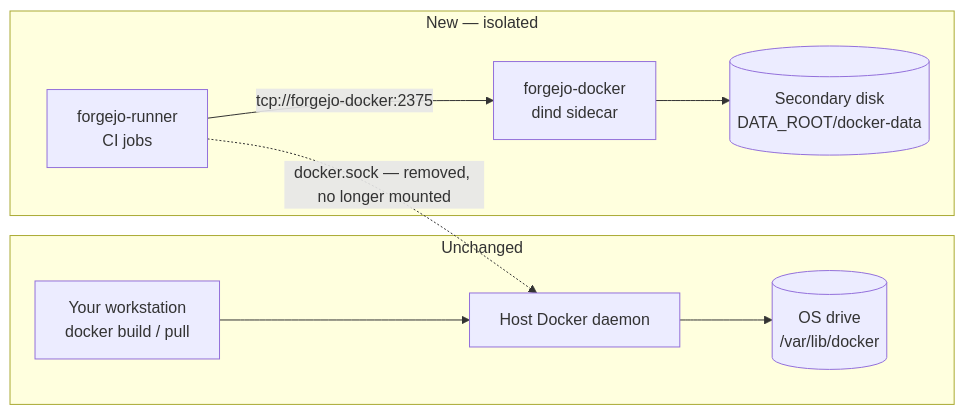
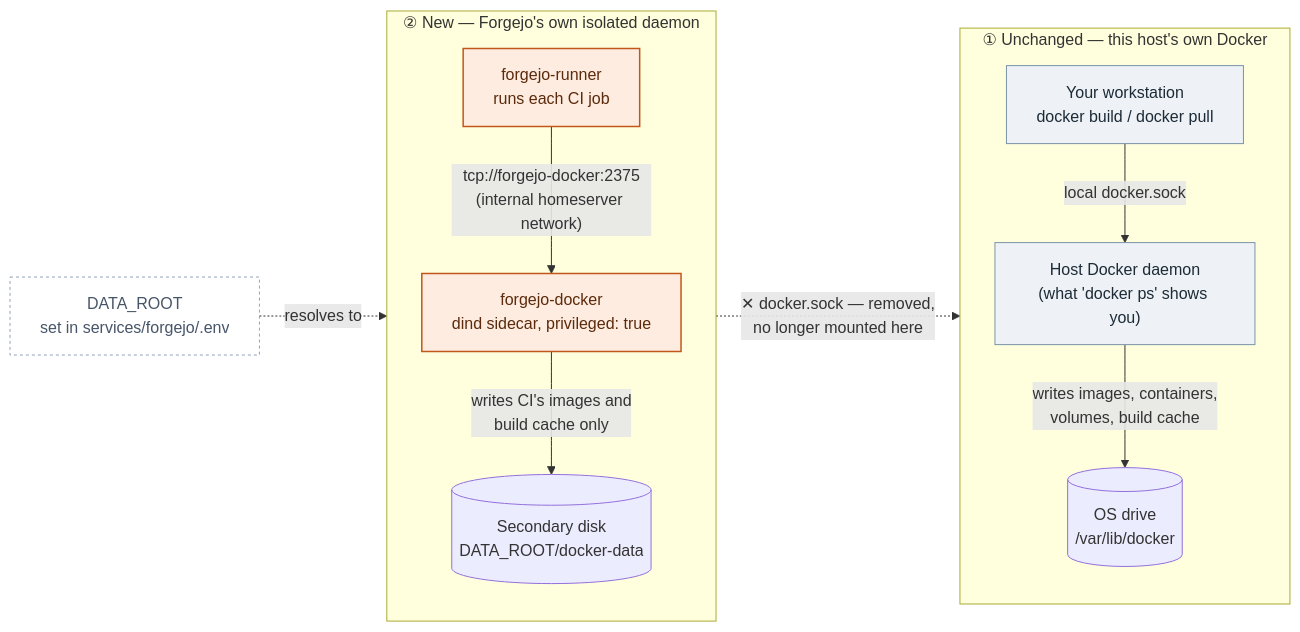
Before and after one commit to rajubhimani/homeserver: the first of 2 diagrams in docs/services/forgejo.md, drawn with Mermaid. The commit also changed other lines of this file, not shown here.

First line of the commit message:
docs(forgejo): color and detail the CI isolation diagrams

````diff
--- a/docs/services/forgejo.md
+++ b/docs/services/forgejo.md
@@ -86,12 +86,27 @@
 ```mermaid
 flowchart LR
-    subgraph unchanged["Unchanged"]
-        WS["Your workstation<br/>docker build / pull"] --> HD["Host Docker daemon"]
-        HD --> OSD[("OS drive<br/>/var/lib/docker")]
+    subgraph unchanged["① Unchanged — this host's own Docker"]
+        direction TB
+        WS["Your workstation<br/>docker build / docker pull"] -->|"local docker.sock"| HD["Host Docker daemon<br/>(what 'docker ps' shows you)"]
+        HD -->|"writes images, containers,<br/>volumes, build cache"| OSD[("OS drive<br/>/var/lib/docker")]
     end
-    subgraph isolated["New — isolated"]
-        CI["forgejo-runner<br/>CI jobs"] -->|"tcp://forgejo-docker:2375"| FD["forgejo-docker<br/>dind sidecar"]
-        FD --> SEC[("Secondary disk<br/>DATA_ROOT/docker-data")]
+
+    subgraph isolated["② New — Forgejo's own isolated daemon"]
+        direction TB
+        CI["forgejo-runner<br/>runs each CI job"] -->|"tcp://forgejo-docker:2375<br/>(internal homeserver network)"| FD["forgejo-docker<br/>dind sidecar, privileged: true"]
+        FD -->|"writes CI's images and<br/>build cache only"| SEC[("Secondary disk<br/>DATA_ROOT/docker-data")]
     end
-    CI -.->|"docker.sock — removed, no longer mounted"| HD
+
+    CI -.->|"✕ docker.sock — removed,<br/>no longer mounted here"| HD
+    DR["DATA_ROOT<br/>set in services/forgejo/.env"] -.->|resolves to| SEC
+
+    classDef unchangedStyle fill:#eef2f6,stroke:#7a94a8,color:#1c2b36,stroke-width:1px;
+    classDef isolatedStyle fill:#fdecdf,stroke:#c1571b,color:#5c2a0c,stroke-width:1.5px;
+    classDef diskStyle stroke-width:1.5px;
+    classDef noteStyle fill:none,stroke:#94a3b8,stroke-dasharray: 3 3,color:#475569;
+    class WS,HD unchangedStyle;
+    class CI,FD isolatedStyle;
+    class OSD unchangedStyle,diskStyle;
+    class SEC isolatedStyle,diskStyle;
+    class DR noteStyle;
 ```
````
